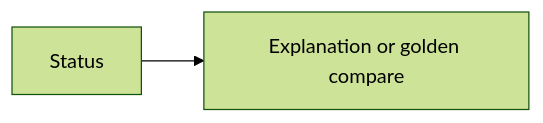
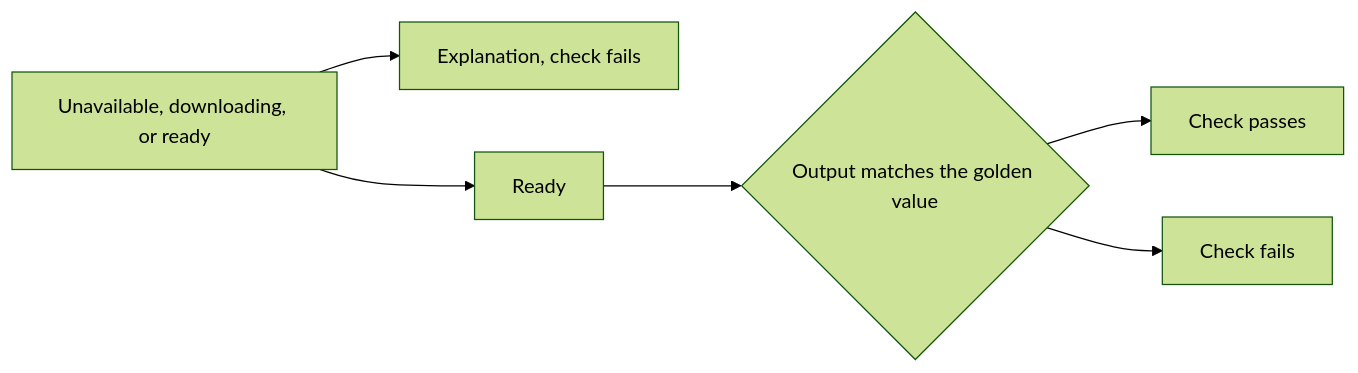
One commit to mohamedmabrouk582/Android-Ai-Lab changed the diagram in lab-testing/README.md. Above: the diagram before and after it, drawn with Mermaid (forest theme). The commit also changed other lines of this file and 41 other files, not shown here.

````diff
--- a/lab-testing/README.md
+++ b/lab-testing/README.md
@@ -13,4 +29,8 @@
 ```mermaid
 flowchart LR
-  n0["Status"] --> n1["Explanation or golden compare"]
+  status["Unavailable, downloading, or ready"] --> missing["Explanation, check fails"]
+  status --> ready["Ready"]
+  ready --> compare{"Output matches the golden value"}
+  compare --> pass["Check passes"]
+  compare --> fail["Check fails"]
 ```
````
